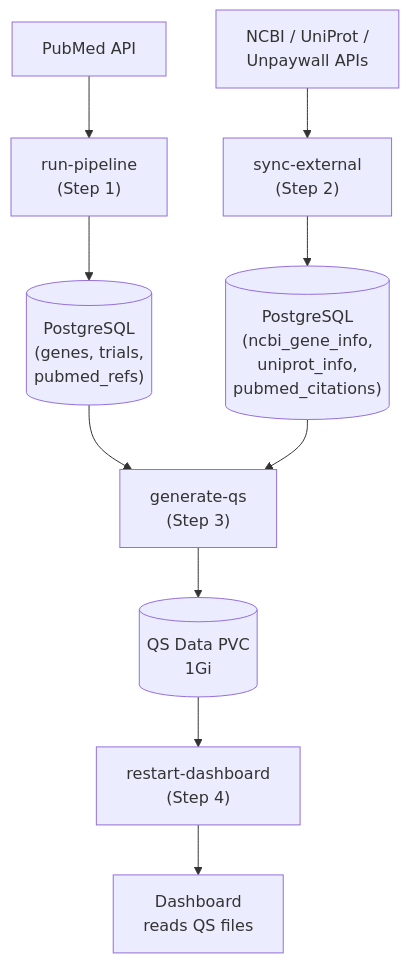
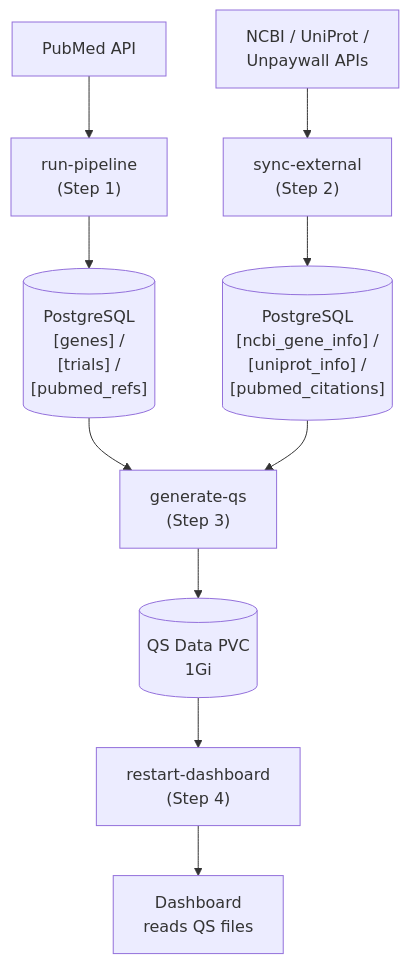
Before and after one commit to mathieubpoiriericm/icm-dashboard: the third of 3 diagrams in docs/kubernetes-cluster-overview.md, drawn with Mermaid.

Commit message:
Minor edits

````diff
--- a/docs/kubernetes-cluster-overview.md
+++ b/docs/kubernetes-cluster-overview.md
@@ -352,15 +352,15 @@
 ```mermaid
 graph TD
     pubmed["PubMed API"] --> step1["run-pipeline<br/>(Step 1)"]
     apis["NCBI / UniProt /<br/>Unpaywall APIs"] --> step2["sync-external<br/>(Step 2)"]
 
-    step1 --> pg[("PostgreSQL<br/>(genes, trials,<br/>pubmed_refs)")]
-    step2 --> pg_cache[("PostgreSQL<br/>(ncbi_gene_info,<br/>uniprot_info,<br/>pubmed_citations)")]
+    step1 --> pg[("PostgreSQL<br/>[genes] / <br/>[trials] / <br/>[pubmed_refs]")]
+    step2 --> pg_cache[("PostgreSQL<br/>[ncbi_gene_info] / <br/>[uniprot_info] / <br/>[pubmed_citations]")]
 
     pg --> step3["generate-qs<br/>(Step 3)"]
     pg_cache --> step3
 
     step3 --> qspvc[("QS Data PVC<br/>1Gi")]
     qspvc --> step4["restart-dashboard<br/>(Step 4)"]
     step4 --> dashboard["Dashboard<br/>reads QS files"]
 ```
````
